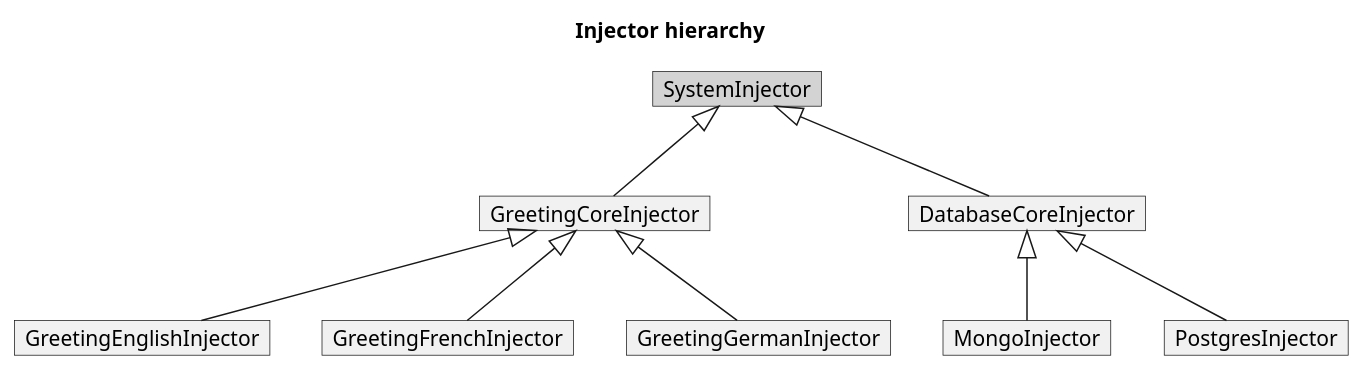
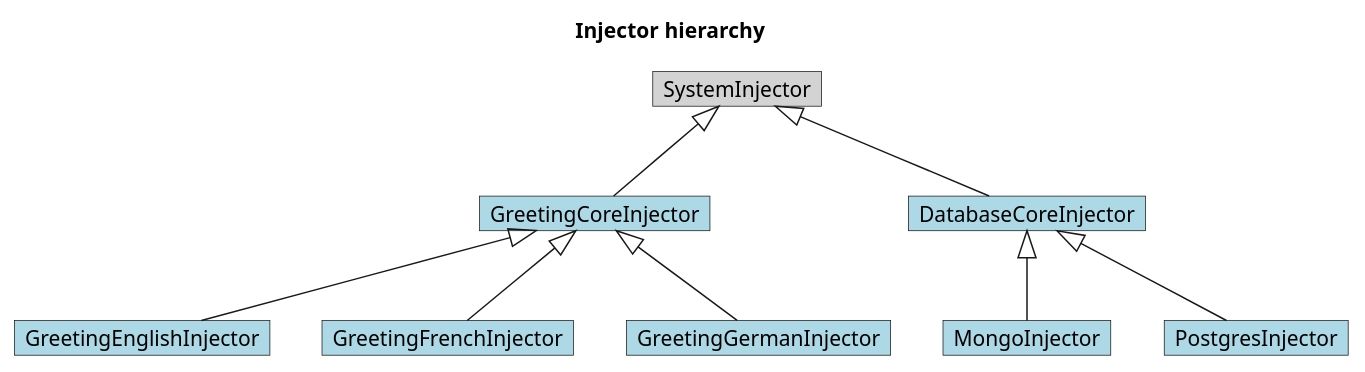
One commit to vagtsi/java-modularization changed the diagram in guicejavamodule/doc/injector-hierarchy.plantuml. Above: the diagram before and after it, drawn with PlantUML. The commit also changed 4 other files, not shown here.

```diff
--- a/guicejavamodule/doc/injector-hierarchy.plantuml
+++ b/guicejavamodule/doc/injector-hierarchy.plantuml
@@ -1,29 +1,30 @@
 @startuml
 hide empty members
-'skinparam backgroundColor #EEEBDC
-'skinparam defaultFontName Arial
-'skinparam handwritten true
+
+skinparam object {
+ backgroundColor Lightblue 
+}
 
 title Injector hierarchy
 
 object SystemInjector #Lightgray
 
 object GreetingCoreInjector
 object GreetingEnglishInjector
 object GreetingFrenchInjector
 object GreetingGermanInjector
 
 SystemInjector <|-- GreetingCoreInjector
 GreetingCoreInjector <|-- GreetingFrenchInjector
 GreetingCoreInjector <|-- GreetingEnglishInjector
 GreetingCoreInjector <|-- GreetingGermanInjector
 
 object DatabaseCoreInjector
 object MongoInjector
 object PostgresInjector
 
 SystemInjector <|-- DatabaseCoreInjector
 DatabaseCoreInjector <|-- MongoInjector
 DatabaseCoreInjector <|-- PostgresInjector
 
 @enduml
```
